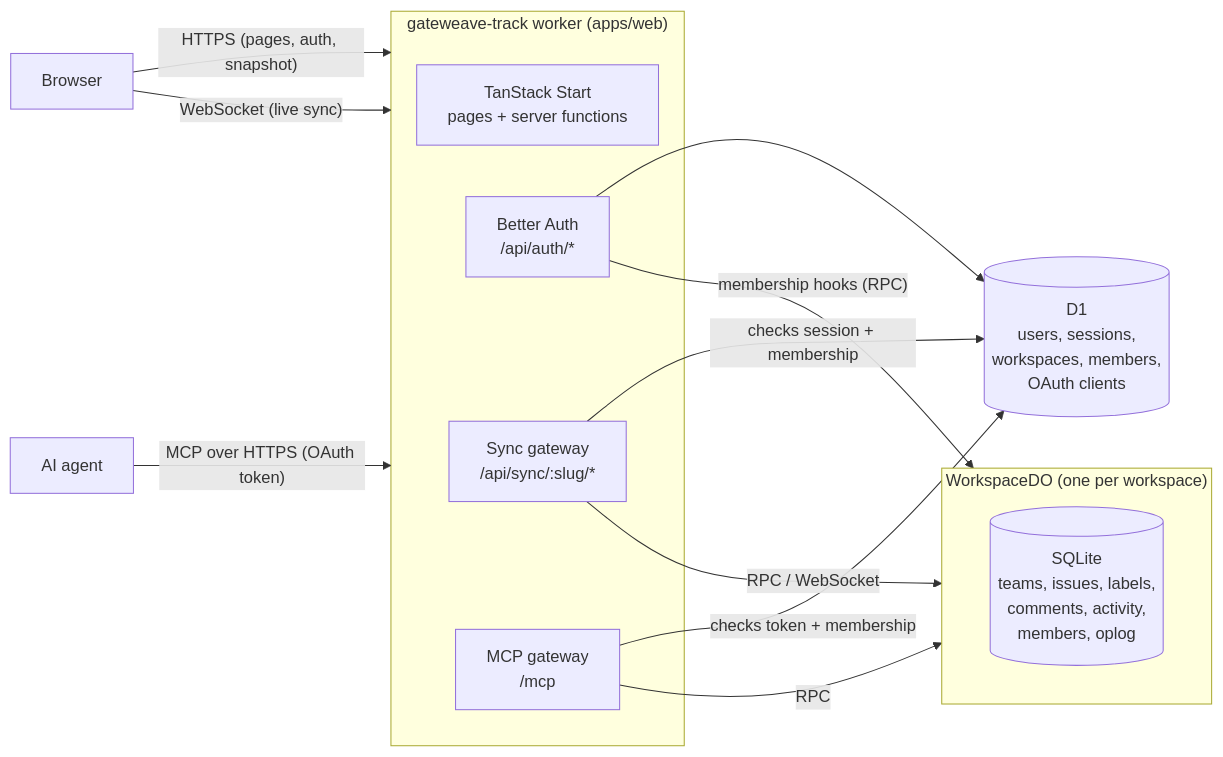
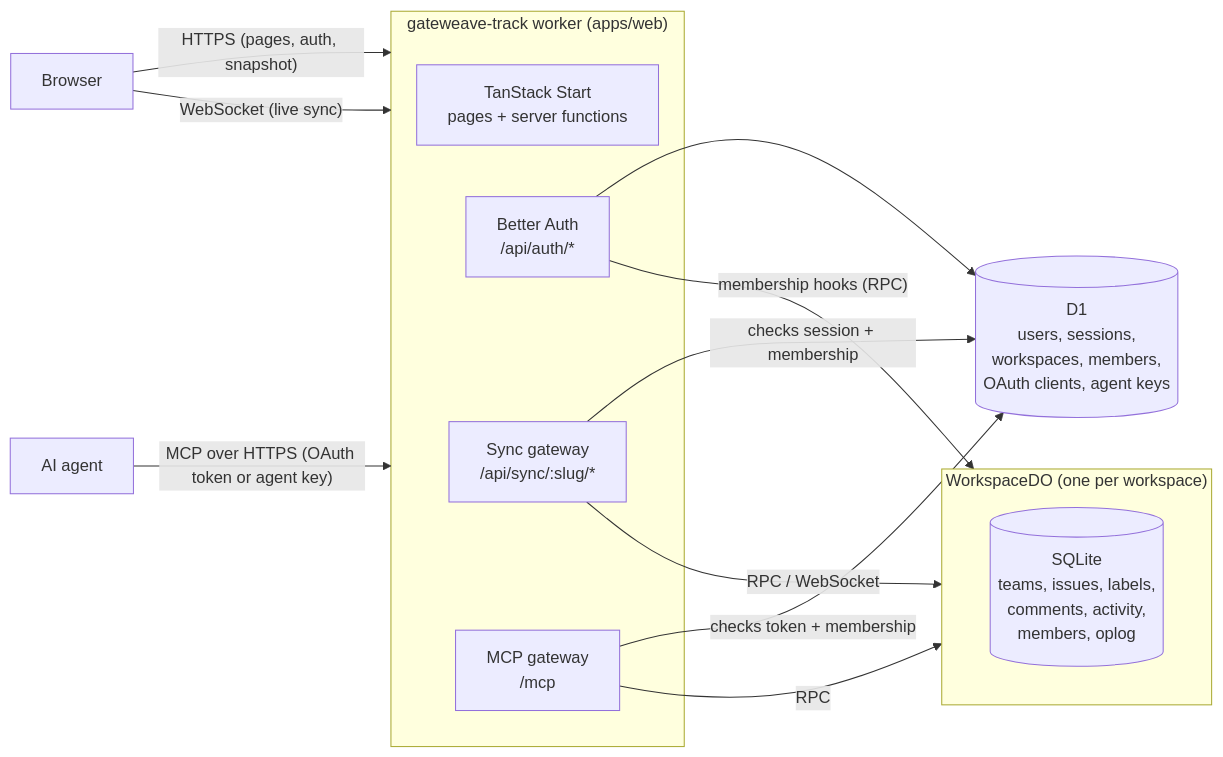
One commit to gateweavehq/track changed the diagram in docs/architecture.md. Above: the diagram before and after it, drawn with Mermaid. The commit also changed other lines of this file and 34 other files, not shown here.

First line of the commit message:
feat: agent members that work over MCP with a key (TRK-25) (#45)

````diff
--- a/docs/architecture.md
+++ b/docs/architecture.md
@@ -8,21 +8,21 @@
 ```mermaid
 flowchart LR
   Browser -- "HTTPS (pages, auth, snapshot)" --> Worker
   Browser -- "WebSocket (live sync)" --> Worker
-  Agent["AI agent"] -- "MCP over HTTPS (OAuth token)" --> Worker
+  Agent["AI agent"] -- "MCP over HTTPS (OAuth token or agent key)" --> Worker
   subgraph Worker["gateweave-track worker (apps/web)"]
     Start["TanStack Start<br/>pages + server functions"]
     Auth["Better Auth<br/>/api/auth/*"]
     Gateway["Sync gateway<br/>/api/sync/:slug/*"]
     Mcp["MCP gateway<br/>/mcp"]
   end
-  Auth --> D1[("D1<br/>users, sessions,<br/>workspaces, members,<br/>OAuth clients")]
+  Auth --> D1[("D1<br/>users, sessions,<br/>workspaces, members,<br/>OAuth clients, agent keys")]
   Gateway -- "checks session + membership" --> D1
   Gateway -- "RPC / WebSocket" --> DO
   Mcp -- "checks token + membership" --> D1
   Mcp -- "RPC" --> DO
   Auth -- "membership hooks (RPC)" --> DO
   subgraph DO["WorkspaceDO (one per workspace)"]
     SQLite[("SQLite<br/>teams, issues, labels,<br/>comments, activity,<br/>members, oplog")]
   end
 ```
````
